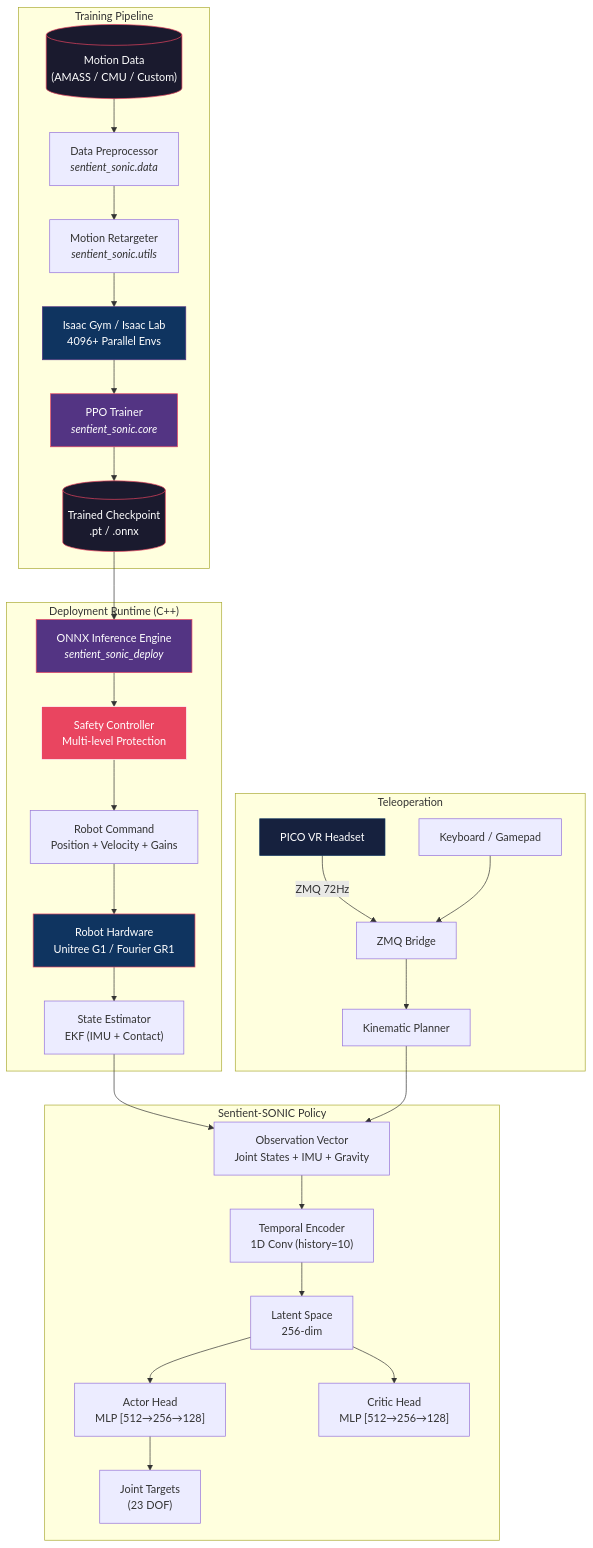
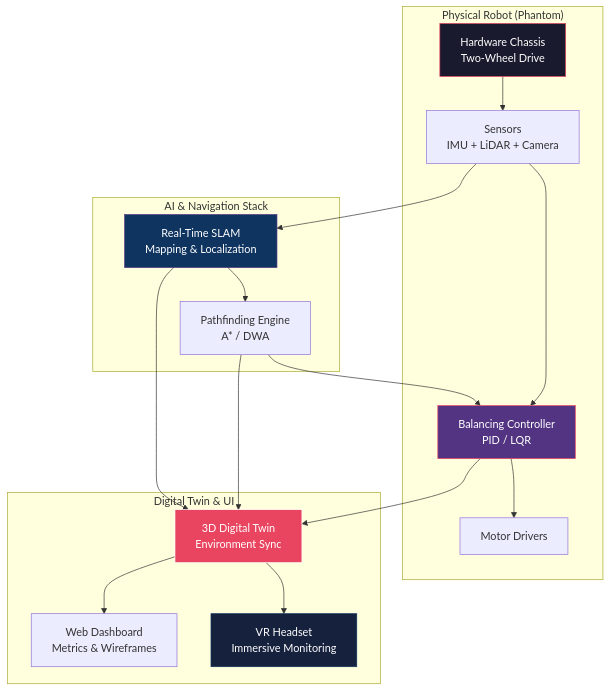
The diagram in README.md (urtaste909/Axiom-Robotics), drawn with Mermaid before and after one commit. The commit also changed other lines of this file and 5 other files, not shown here.

````diff
--- a/README.md
+++ b/README.md
@@ -52,43 +160,28 @@
 ```mermaid
 graph TB
-    subgraph "Training Pipeline"
-        MD[("Motion Data<br/>(AMASS / CMU / Custom)")] --> PP["Data Preprocessor<br/><i>sentient_sonic.data</i>"]
-        PP --> RT["Motion Retargeter<br/><i>sentient_sonic.utils</i>"]
-        RT --> ENV["Isaac Gym / Isaac Lab<br/>4096+ Parallel Envs"]
-        ENV --> PPO["PPO Trainer<br/><i>sentient_sonic.core</i>"]
-        PPO --> CKP[("Trained Checkpoint<br/>.pt / .onnx")]
+    subgraph "Physical Robot (Phantom)"
+        HW["Hardware Chassis<br/>Two-Wheel Drive"] --> SENS["Sensors<br/>IMU + LiDAR + Camera"]
+        SENS --> CTRL["Balancing Controller<br/>PID / LQR"]
+        CTRL --> MOT["Motor Drivers"]
     end
 
-    subgraph "Sentient-SONIC Policy"
-        OBS["Observation Vector<br/>Joint States + IMU + Gravity"] --> TE["Temporal Encoder<br/>1D Conv (history=10)"]
-        TE --> LAT["Latent Space<br/>256-dim"]
-        LAT --> ACT["Actor Head<br/>MLP [512→256→128]"]
-        LAT --> CRT["Critic Head<br/>MLP [512→256→128]"]
-        ACT --> JT["Joint Targets<br/>(23 DOF)"]
+    subgraph "AI & Navigation Stack"
+        SENS --> SLAM["Real-Time SLAM<br/>Mapping & Localization"]
+        SLAM --> PATH["Pathfinding Engine<br/>A* / DWA"]
+        PATH --> CTRL
     end
 
-    subgraph "Deployment Runtime (C++)"
-        CKP --> ONNX["ONNX Inference Engine<br/><i>sentient_sonic_deploy</i>"]
-        ONNX --> SAFE["Safety Controller<br/>Multi-level Protection"]
-        SAFE --> CMD["Robot Command<br/>Position + Velocity + Gains"]
-        CMD --> HW["Robot Hardware<br/>Unitree G1 / Fourier GR1"]
-        HW --> SE["State Estimator<br/>EKF (IMU + Contact)"]
-        SE --> OBS
+    subgraph "Digital Twin & UI"
+        SLAM --> DT["3D Digital Twin<br/>Environment Sync"]
+        PATH --> DT
+        CTRL --> DT
+        DT --> VR["VR Headset<br/>Immersive Monitoring"]
+        DT --> DASH["Web Dashboard<br/>Metrics & Wireframes"]
     end
 
-    subgraph "Teleoperation"
-        VR["PICO VR Headset"] -->|ZMQ 72Hz| ZB["ZMQ Bridge"]
-        KB["Keyboard / Gamepad"] --> ZB
-        ZB --> KP["Kinematic Planner"]
-        KP --> OBS
-    end
-
-    style MD fill:#1a1a2e,stroke:#e94560,color:#fff
-    style CKP fill:#1a1a2e,stroke:#e94560,color:#fff
-    style HW fill:#0f3460,stroke:#e94560,color:#fff
+    style HW fill:#1a1a2e,stroke:#e94560,color:#fff
+    style CTRL fill:#533483,stroke:#e94560,color:#fff
+    style SLAM fill:#0f3460,stroke:#533483,color:#fff
+    style DT fill:#e94560,stroke:#fff,color:#fff
     style VR fill:#16213e,stroke:#0f3460,color:#fff
-    style ONNX fill:#533483,stroke:#e94560,color:#fff
-    style SAFE fill:#e94560,stroke:#fff,color:#fff
-    style PPO fill:#533483,stroke:#e94560,color:#fff
-    style ENV fill:#0f3460,stroke:#533483,color:#fff
 ```
````
